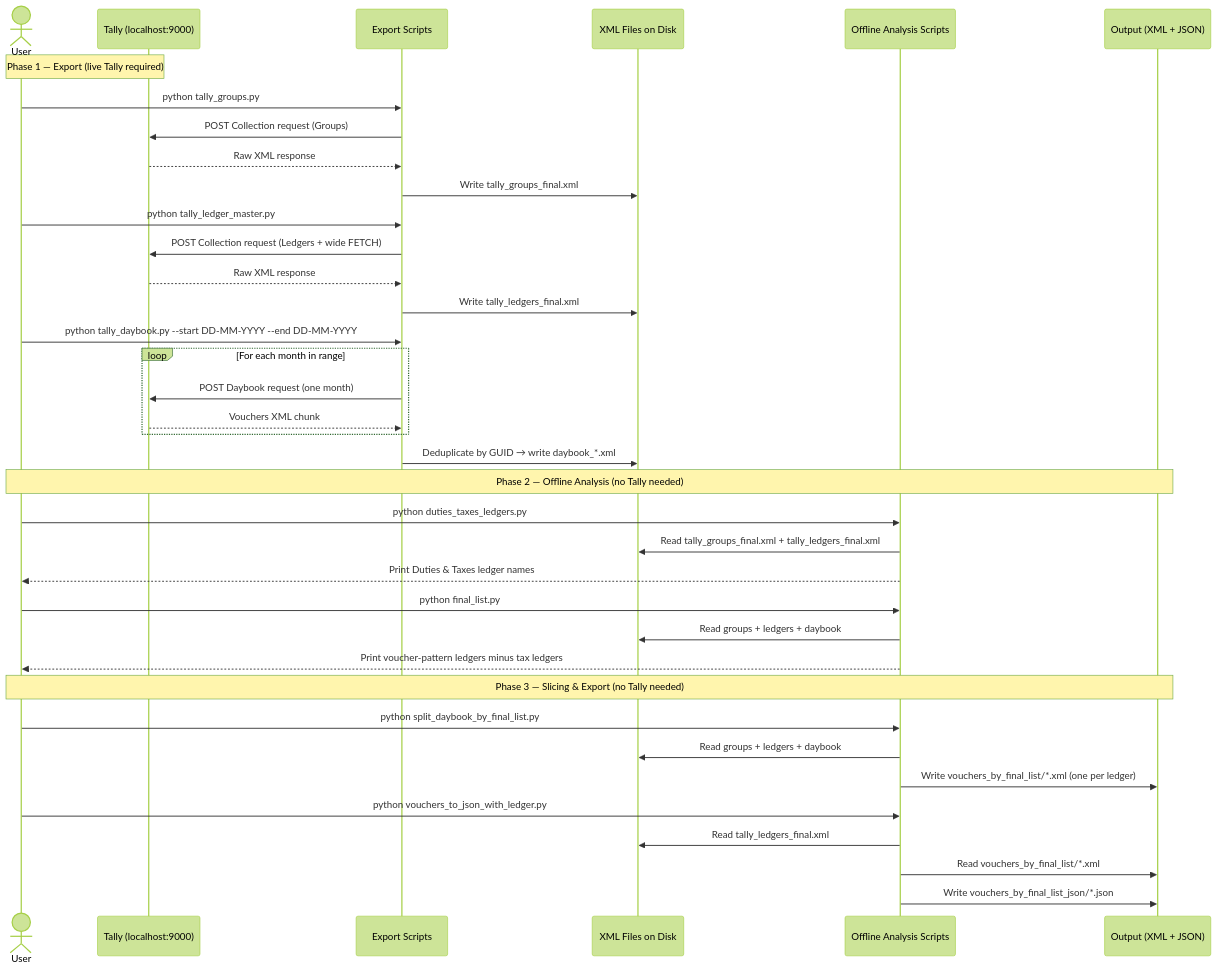
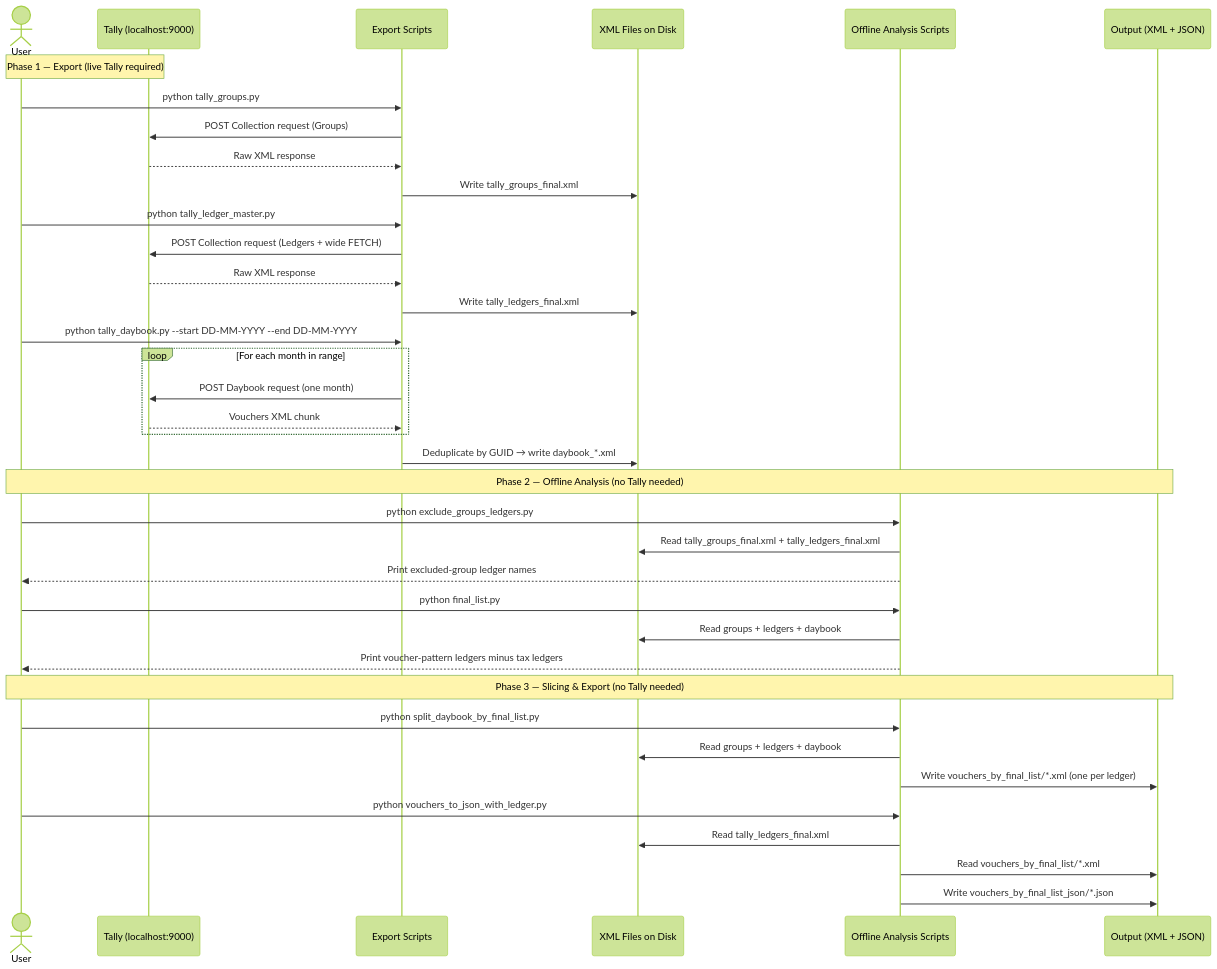
The second of 2 diagrams in README.md (Vishall302/Tally-Export), drawn with Mermaid (forest theme) before and after one commit. The commit also changed other lines of this file and 6 other files, not shown here.

````diff
--- a/README.md
+++ b/README.md
@@ -133,49 +133,49 @@
 ```mermaid
 sequenceDiagram
     actor User
     participant Tally as Tally (localhost:9000)
     participant Export as Export Scripts
     participant XML as XML Files on Disk
     participant Analysis as Offline Analysis Scripts
     participant Output as Output (XML + JSON)
 
     Note over User,Tally: Phase 1 — Export (live Tally required)
 
     User->>Export: python tally_groups.py
     Export->>Tally: POST Collection request (Groups)
     Tally-->>Export: Raw XML response
     Export->>XML: Write tally_groups_final.xml
 
     User->>Export: python tally_ledger_master.py
     Export->>Tally: POST Collection request (Ledgers + wide FETCH)
     Tally-->>Export: Raw XML response
     Export->>XML: Write tally_ledgers_final.xml
 
     User->>Export: python tally_daybook.py --start DD-MM-YYYY --end DD-MM-YYYY
     loop For each month in range
         Export->>Tally: POST Daybook request (one month)
         Tally-->>Export: Vouchers XML chunk
     end
     Export->>XML: Deduplicate by GUID → write daybook_*.xml
 
     Note over User,Output: Phase 2 — Offline Analysis (no Tally needed)
 
-    User->>Analysis: python duties_taxes_ledgers.py
+    User->>Analysis: python exclude_groups_ledgers.py
     Analysis->>XML: Read tally_groups_final.xml + tally_ledgers_final.xml
-    Analysis-->>User: Print Duties & Taxes ledger names
+    Analysis-->>User: Print excluded-group ledger names
 
     User->>Analysis: python final_list.py
     Analysis->>XML: Read groups + ledgers + daybook
     Analysis-->>User: Print voucher-pattern ledgers minus tax ledgers
 
     Note over User,Output: Phase 3 — Slicing & Export (no Tally needed)
 
     User->>Analysis: python split_daybook_by_final_list.py
     Analysis->>XML: Read groups + ledgers + daybook
     Analysis->>Output: Write vouchers_by_final_list/*.xml (one per ledger)
 
     User->>Analysis: python vouchers_to_json_with_ledger.py
     Analysis->>XML: Read tally_ledgers_final.xml
     Analysis->>Output: Read vouchers_by_final_list/*.xml
     Analysis->>Output: Write vouchers_by_final_list_json/*.json
 ```
````
